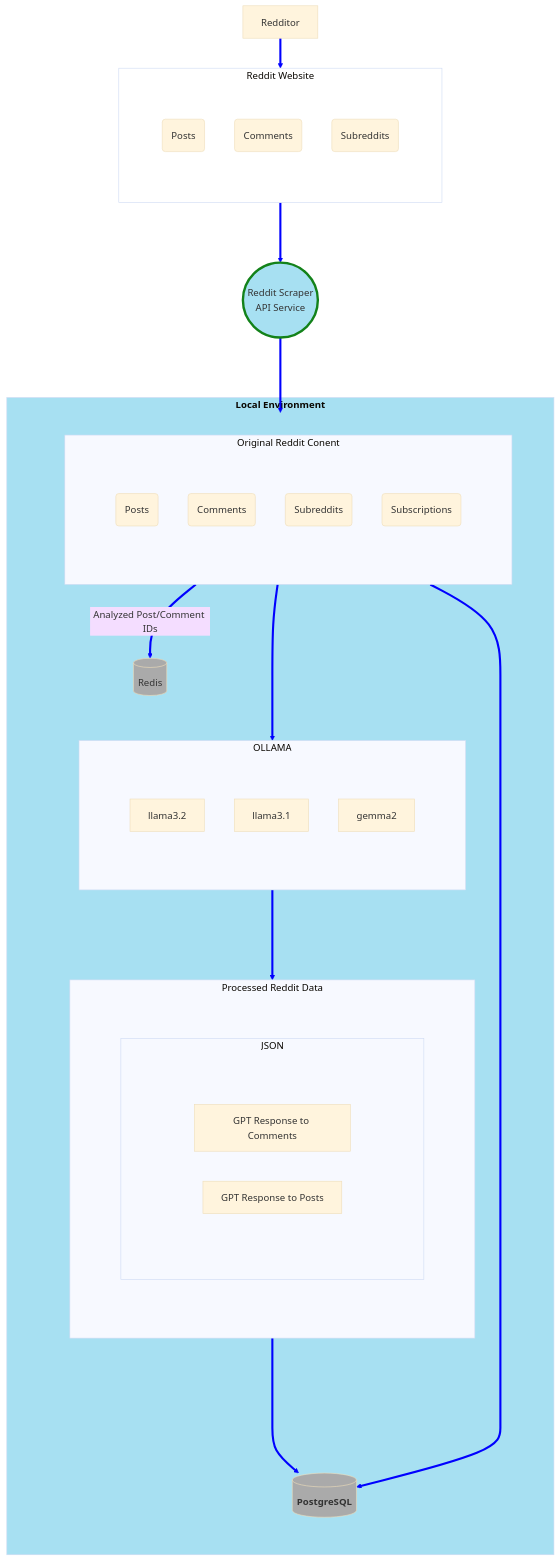
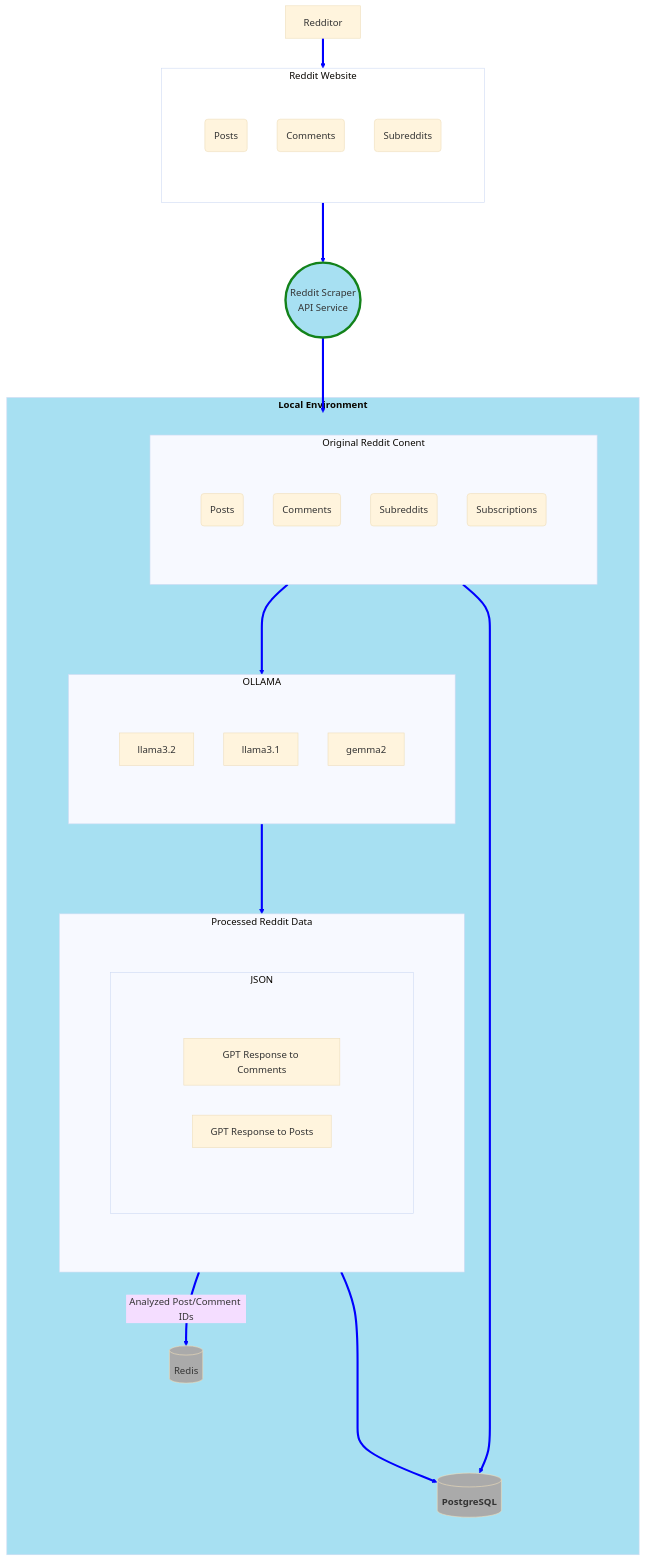
One commit to ovaisq/LLM-RedditScraper changed the first of 4 diagrams in README.md. Above: the diagram before and after it, drawn with Mermaid.

Commit message:
updated diagram in README

````diff
--- a/README.md
+++ b/README.md
@@ -6,67 +6,67 @@
 ```mermaid
 %%{init: {'theme': 'base', "loglevel":1,'themeVariables': {'lineColor': 'Blue', "fontFamily": "Trebuchet MS"}}}%%
 flowchart TD
     style Reddit fill:#fff
     style RR fill:#a7e0f2,stroke:#13821a,stroke-width:4px
     style LocalEnv fill:#a7e0f2
     style PSQL fill:#aaa
     style REDIS fill:#aaa
 
     classDef subgraph_padding fill:none,stroke:none
     Rr[Redditor]
     RR(("Reddit Scraper
     API Service"))
 
 
     Rr ==> Reddit ===> RR ===> ORD
     ORD ===> OLLAMA ===> PRD ====> PSQL
     ORD ==> PSQL
-    ORD =="Analyzed Post/Comment IDs"==> REDIS
+    PRD =="Analyzed Post/Comment IDs"==> REDIS
 
     subgraph Reddit["Reddit Website"]
         subgraph blank2[ ]
             RP(Posts)
             RC(Comments)
             RA(Subreddits)
         end
     end
 
     subgraph LocalEnv["`**Local Environment**`"]
         subgraph blank[ ]
             direction TB
             REDIS[(Redis)]
             PSQL[("`**PostgreSQL**`")]
             subgraph ORD["Original Reddit Conent"]
                 subgraph blank3[ ]
                     ORP(Posts)
                     ORC(Comments)
                     ORA(Subreddits)
                     ORB(Subscriptions)
                 end
             end
             subgraph OLLAMA
                 subgraph blank4[ ]
                     LLM1[llama3.2]
                     LLM2[llama3.1]
                     LLM3[gemma2]
                 end
             end
             subgraph PRD["Processed Reddit Data"]
                 subgraph blank5[ ]
                     subgraph JSON
                         subgraph blank6[ ]
                             JAC["GPT Response to Comments"]
                             JAP["GPT Response to Posts"]
                         end
                     end
                 end
             end
         end
     end
     class blank subgraph_padding
     class blank2 subgraph_padding
     class blank3 subgraph_padding
     class blank4 subgraph_padding
     class blank5 subgraph_padding
     class blank6 subgraph_padding
 ```
````
